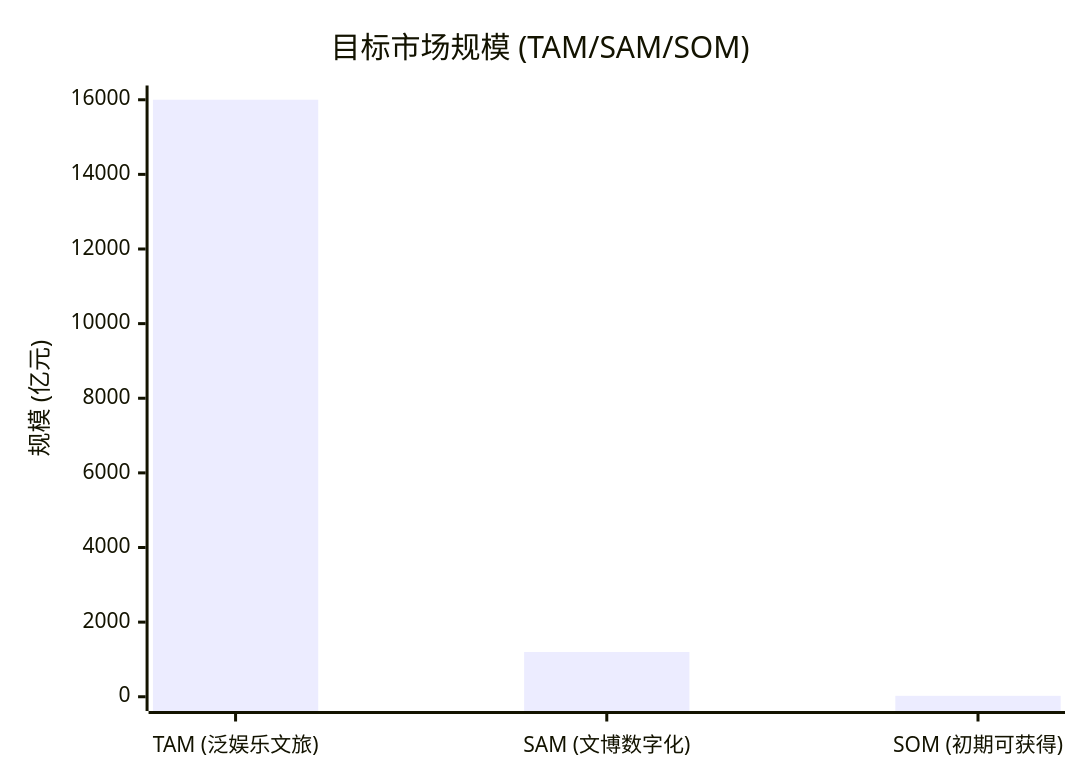
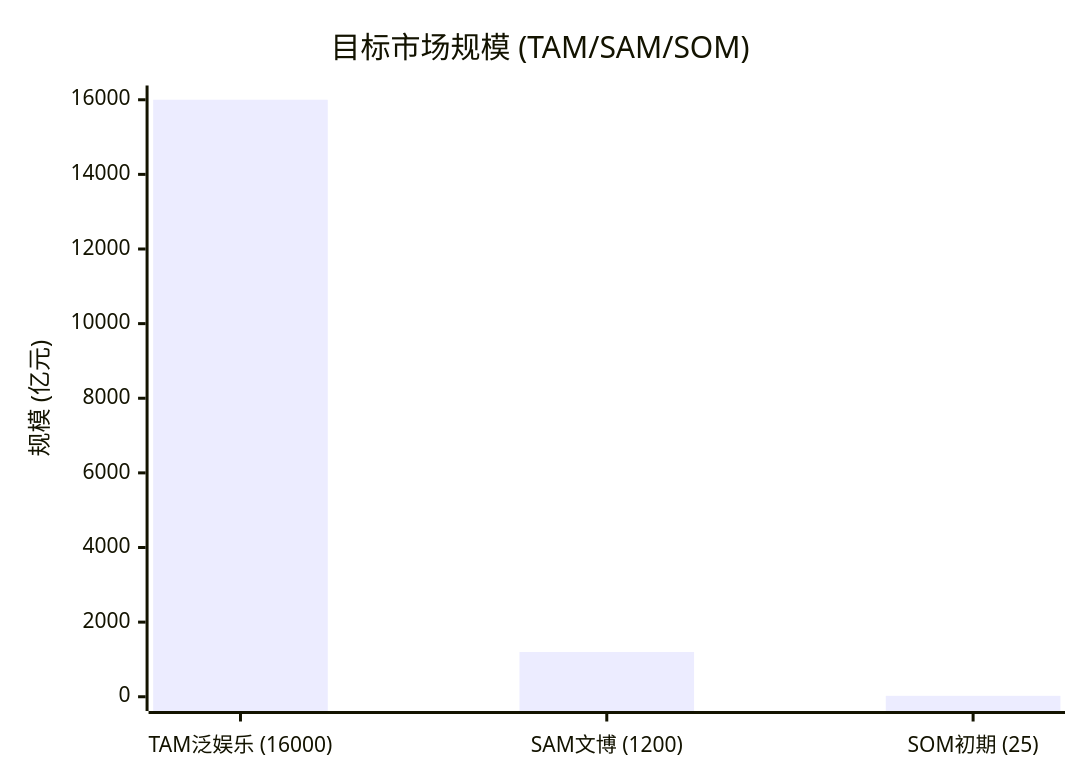
The second of 8 diagrams in Data_Visualizations_Boundless_Treasures.md (mayouer123456/Boundless_Treasures_BP), drawn with Mermaid before and after one commit. The commit also changed other lines of this file, not shown here.

Commit message:
Enhance charts with visible labels and data tables

````diff
--- a/Data_Visualizations_Boundless_Treasures.md
+++ b/Data_Visualizations_Boundless_Treasures.md
@@ -20,7 +20,7 @@
 ```mermaid
 xychart-beta
     title "目标市场规模 (TAM/SAM/SOM)"
-    x-axis ["TAM (泛娱乐文旅)", "SAM (文博数字化)", "SOM (初期可获得)"]
+    x-axis ["TAM泛娱乐 (16000)", "SAM文博 (1200)", "SOM初期 (25)"]
     y-axis "规模 (亿元)" 0 --> 16000
     bar [16000, 1200, 25]
 ```
````
